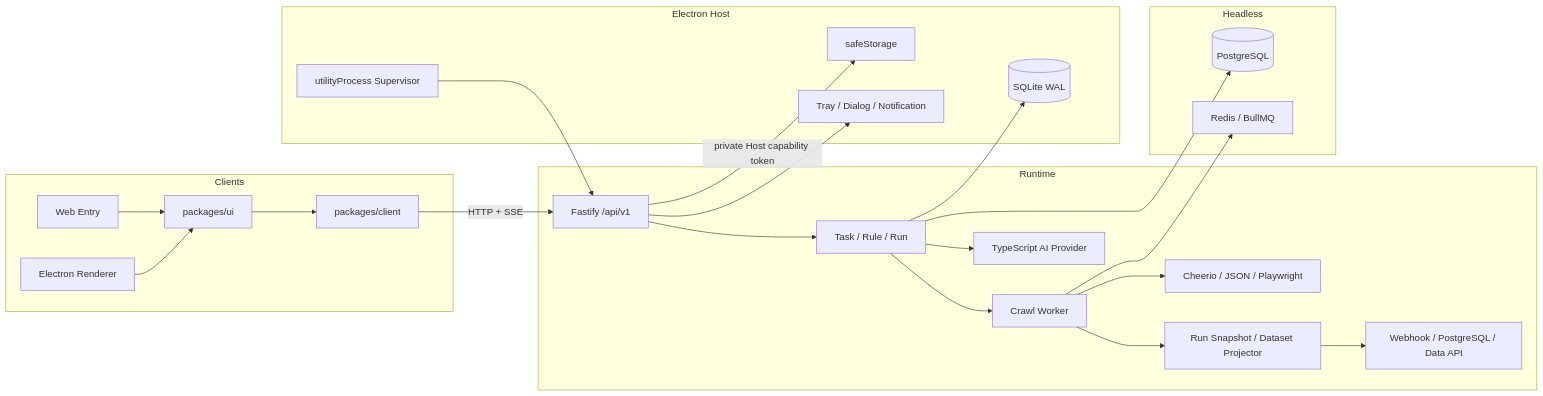
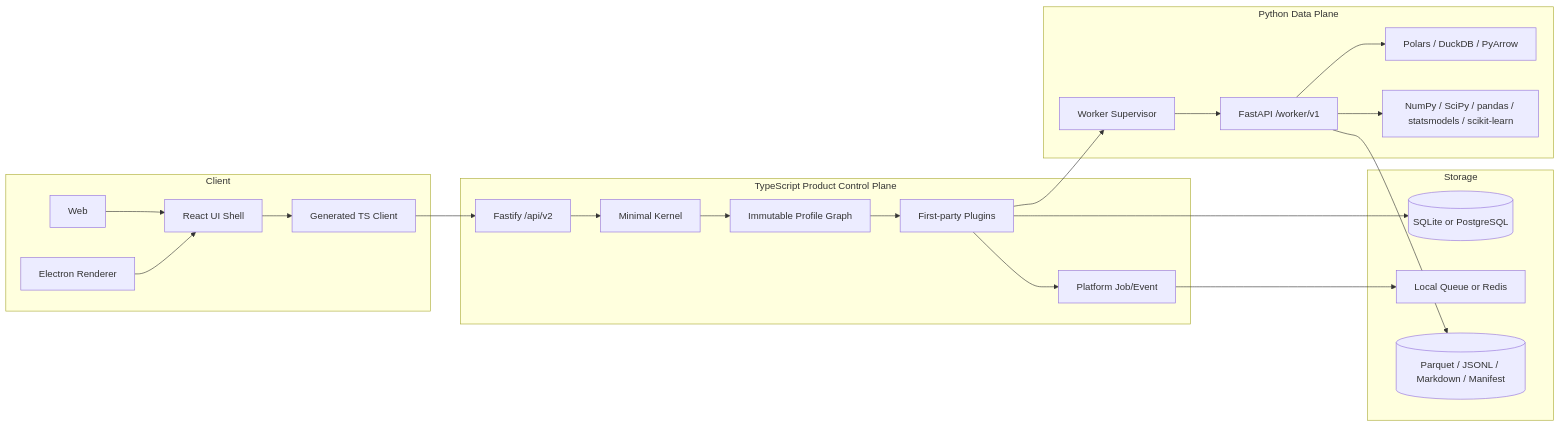
The diagram in docs/architecture.md (yogasamadhi/zhiyu), drawn with Mermaid before and after one commit. The commit also changed other lines of this file and 137 other files, not shown here.

````diff
--- a/docs/architecture.md
+++ b/docs/architecture.md
@@ -10,48 +7,43 @@
 ```mermaid
 flowchart LR
-    subgraph Clients
-      Web[Web Entry]
-      DesktopUI[Electron Renderer]
-      UI[packages/ui]
-      Client[packages/client]
-      Web --> UI
-      DesktopUI --> UI
-      UI --> Client
-    end
+  subgraph Client
+    Web[Web]
+    Renderer[Electron Renderer]
+    UI[React UI Shell]
+    SDK[Generated TS Client]
+    Web --> UI
+    Renderer --> UI
+    UI --> SDK
+  end
 
-    subgraph Runtime
-      API[Fastify /api/v1]
-      Domain[Task / Rule / Run]
-      Worker[Crawl Worker]
-      AI[TypeScript AI Provider]
-      Crawl[Cheerio / JSON / Playwright]
-      Dataset[Run Snapshot / Dataset Projector]
-      Outputs[Webhook / PostgreSQL / Data API]
-      API --> Domain
-      Domain --> Worker
-      Domain --> AI
-      Worker --> Crawl
-      Worker --> Dataset
-      Dataset --> Outputs
-    end
+  subgraph Control[TypeScript Product Control Plane]
+    Gateway[Fastify /api/v2]
+    Kernel[Minimal Kernel]
+    Graph[Immutable Profile Graph]
+    Plugins[First-party Plugins]
+    Jobs[Platform Job/Event]
+    Gateway --> Kernel --> Graph --> Plugins
+    Plugins --> Jobs
+  end
 
-    subgraph Headless
-      PG[(PostgreSQL)]
-      Redis[Redis / BullMQ]
-    end
+  subgraph Data[Python Data Plane]
+    Supervisor[Worker Supervisor]
+    Worker[FastAPI /worker/v1]
+    Engine[Polars / DuckDB / PyArrow]
+    Science[NumPy / SciPy / pandas / statsmodels / scikit-learn]
+    Supervisor --> Worker --> Engine
+    Worker --> Science
+  end
 
-    subgraph DesktopHost[Electron Host]
-      Supervisor[utilityProcess Supervisor]
-      SQLite[(SQLite WAL)]
-      SafeStorage[safeStorage]
-      Native[Tray / Dialog / Notification]
-    end
+  subgraph Storage
+    SQL[(SQLite or PostgreSQL)]
+    Queue[Local Queue or Redis]
+    Artifacts[(Parquet / JSONL / Markdown / Manifest)]
+  end
 
-    Client -->|HTTP + SSE| API
-    Domain --> PG
-    Worker --> Redis
-    Supervisor --> API
-    Domain --> SQLite
-    API -->|private Host capability token| SafeStorage
-    API --> Native
+  SDK --> Gateway
+  Plugins --> SQL
+  Jobs --> Queue
+  Plugins --> Supervisor
+  Worker --> Artifacts
 ```
````
